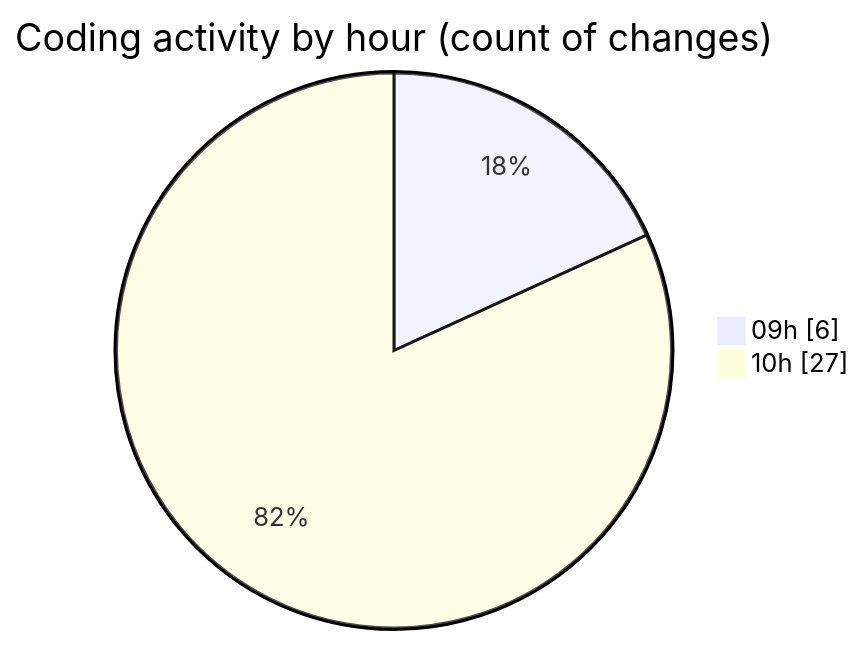
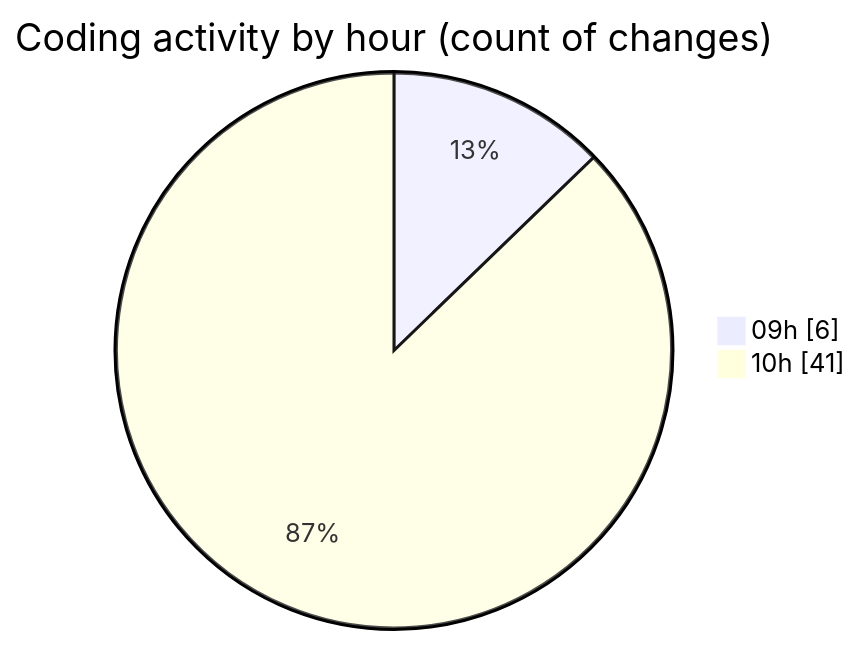
One commit to momahboobian/code-tracking changed the second of 2 diagrams in 2026-02-10/cda/README.md. Above: the diagram before and after it, drawn with Mermaid. The commit also changed other lines of this file and 1 other file, not shown here.

````diff
--- a/2026-02-10/cda/README.md
+++ b/2026-02-10/cda/README.md
@@ -35,6 +41,6 @@
 ```mermaid
 pie showData
 title Coding activity by hour (count of changes)
 "09h" : 6
-"10h" : 27
+"10h" : 41
 ```
````
